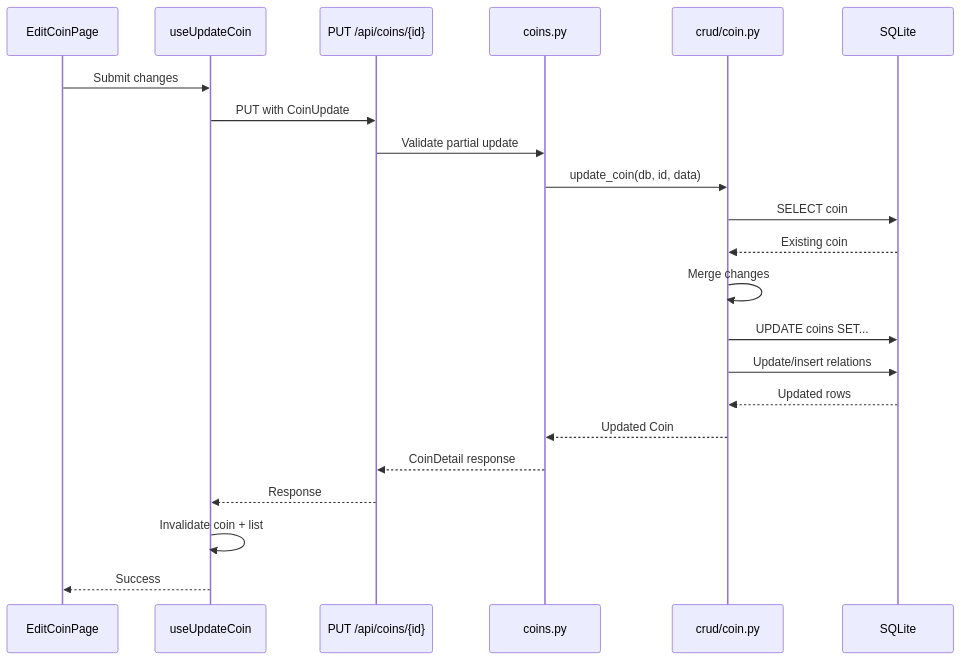
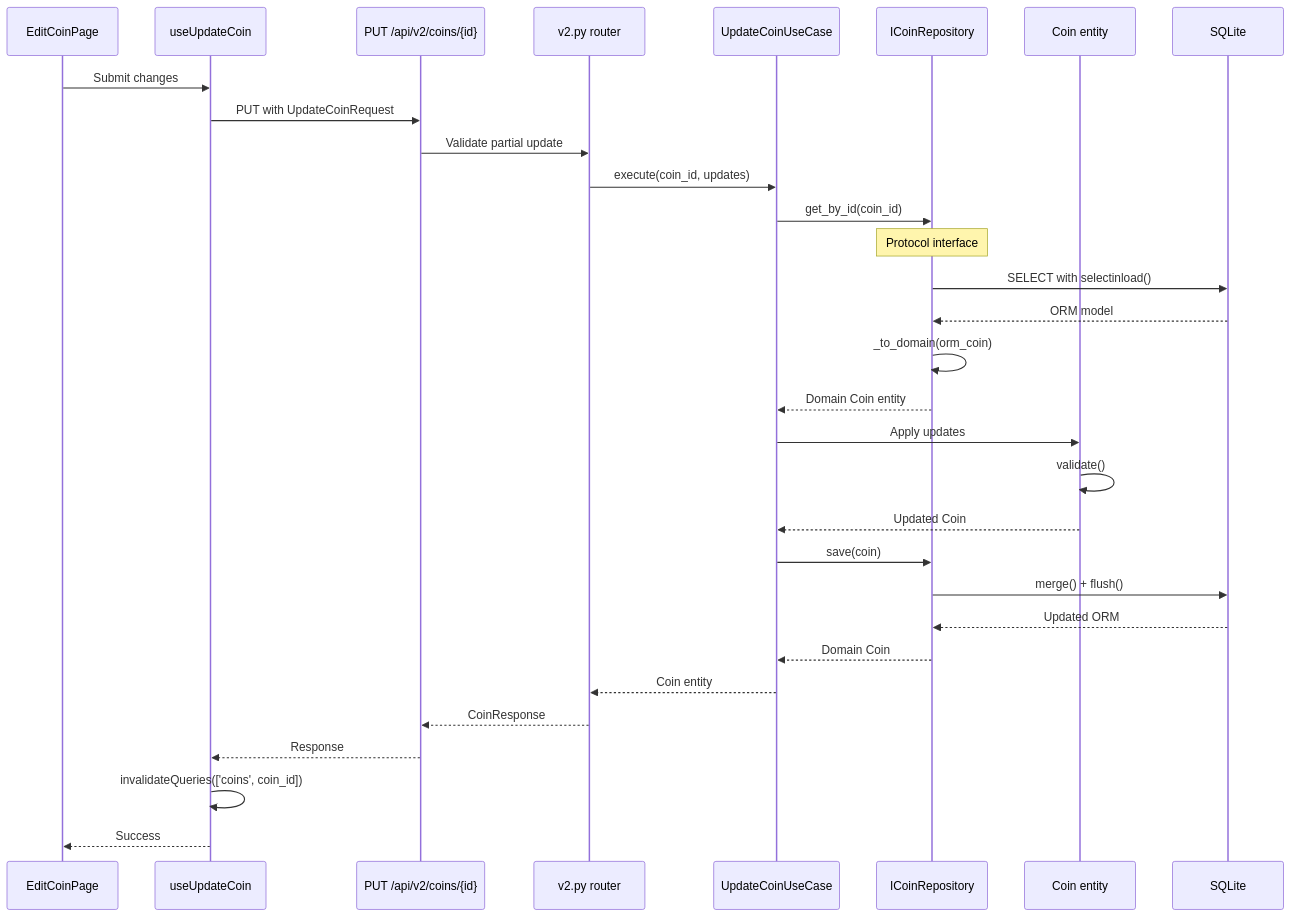
Before and after one commit to isayev/coinstack: the second of 18 diagrams in docs/ai-guide/06-DATA-FLOWS.md, drawn with Mermaid. The commit also changed other lines of this file and 6 other files, not shown here.

````diff
--- a/docs/ai-guide/06-DATA-FLOWS.md
+++ b/docs/ai-guide/06-DATA-FLOWS.md
@@ -33,25 +88,34 @@
 ```mermaid
 sequenceDiagram
     participant UI as EditCoinPage
     participant Hook as useUpdateCoin
-    participant API as PUT /api/coins/{id}
-    participant Router as coins.py
-    participant CRUD as crud/coin.py
+    participant API as PUT /api/v2/coins/{id}
+    participant Router as v2.py router
+    participant UseCase as UpdateCoinUseCase
+    participant Repo as ICoinRepository
+    participant Domain as Coin entity
     participant DB as SQLite
 
     UI->>Hook: Submit changes
-    Hook->>API: PUT with CoinUpdate
+    Hook->>API: PUT with UpdateCoinRequest
     API->>Router: Validate partial update
-    Router->>CRUD: update_coin(db, id, data)
-    CRUD->>DB: SELECT coin
-    DB-->>CRUD: Existing coin
-    CRUD->>CRUD: Merge changes
-    CRUD->>DB: UPDATE coins SET...
-    CRUD->>DB: Update/insert relations
-    DB-->>CRUD: Updated rows
-    CRUD-->>Router: Updated Coin
-    Router-->>API: CoinDetail response
+    Router->>UseCase: execute(coin_id, updates)
+    UseCase->>Repo: get_by_id(coin_id)
+    Note over Repo: Protocol interface
+    Repo->>DB: SELECT with selectinload()
+    DB-->>Repo: ORM model
+    Repo->>Repo: _to_domain(orm_coin)
+    Repo-->>UseCase: Domain Coin entity
+    UseCase->>Domain: Apply updates
+    Domain->>Domain: validate()
+    Domain-->>UseCase: Updated Coin
+    UseCase->>Repo: save(coin)
+    Repo->>DB: merge() + flush()
+    DB-->>Repo: Updated ORM
+    Repo-->>UseCase: Domain Coin
+    UseCase-->>Router: Coin entity
+    Router-->>API: CoinResponse
     API-->>Hook: Response
-    Hook->>Hook: Invalidate coin + list
+    Hook->>Hook: invalidateQueries(['coins', coin_id])
     Hook-->>UI: Success
 ```
````
